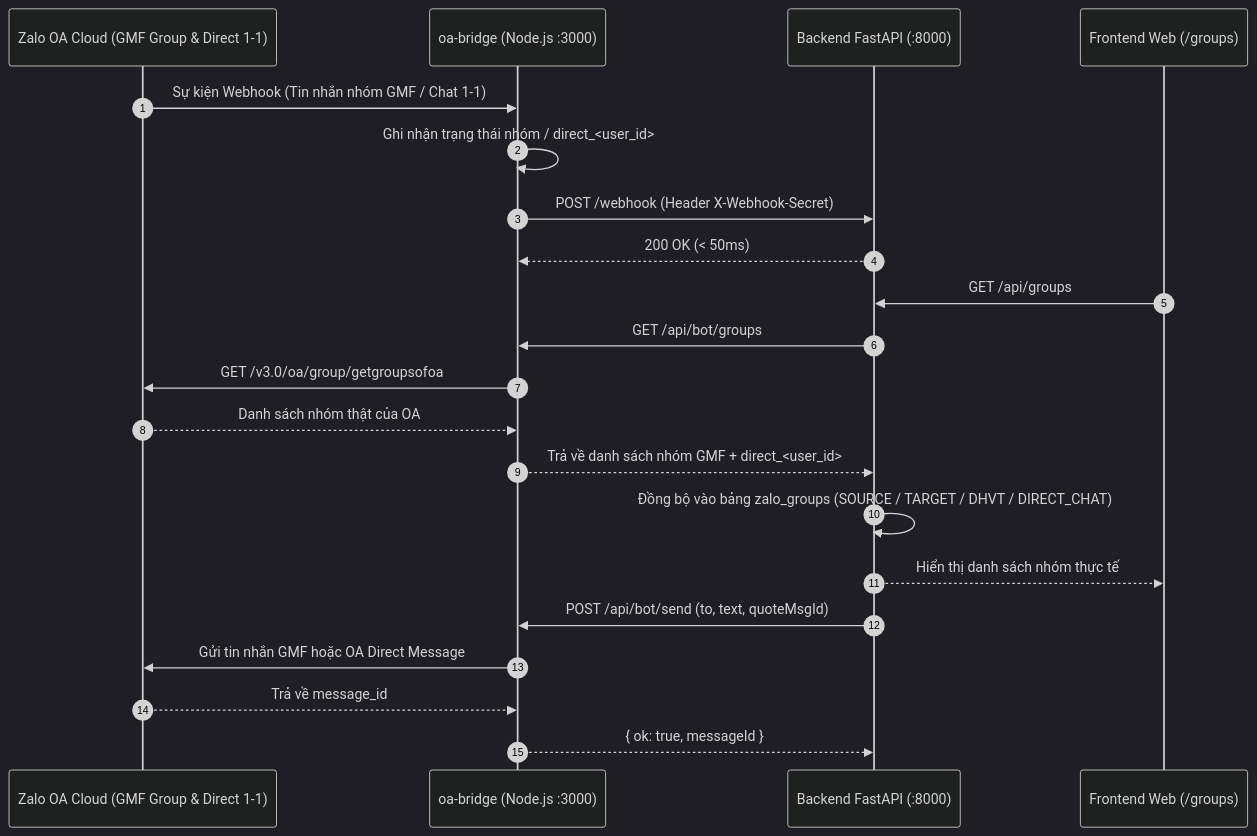
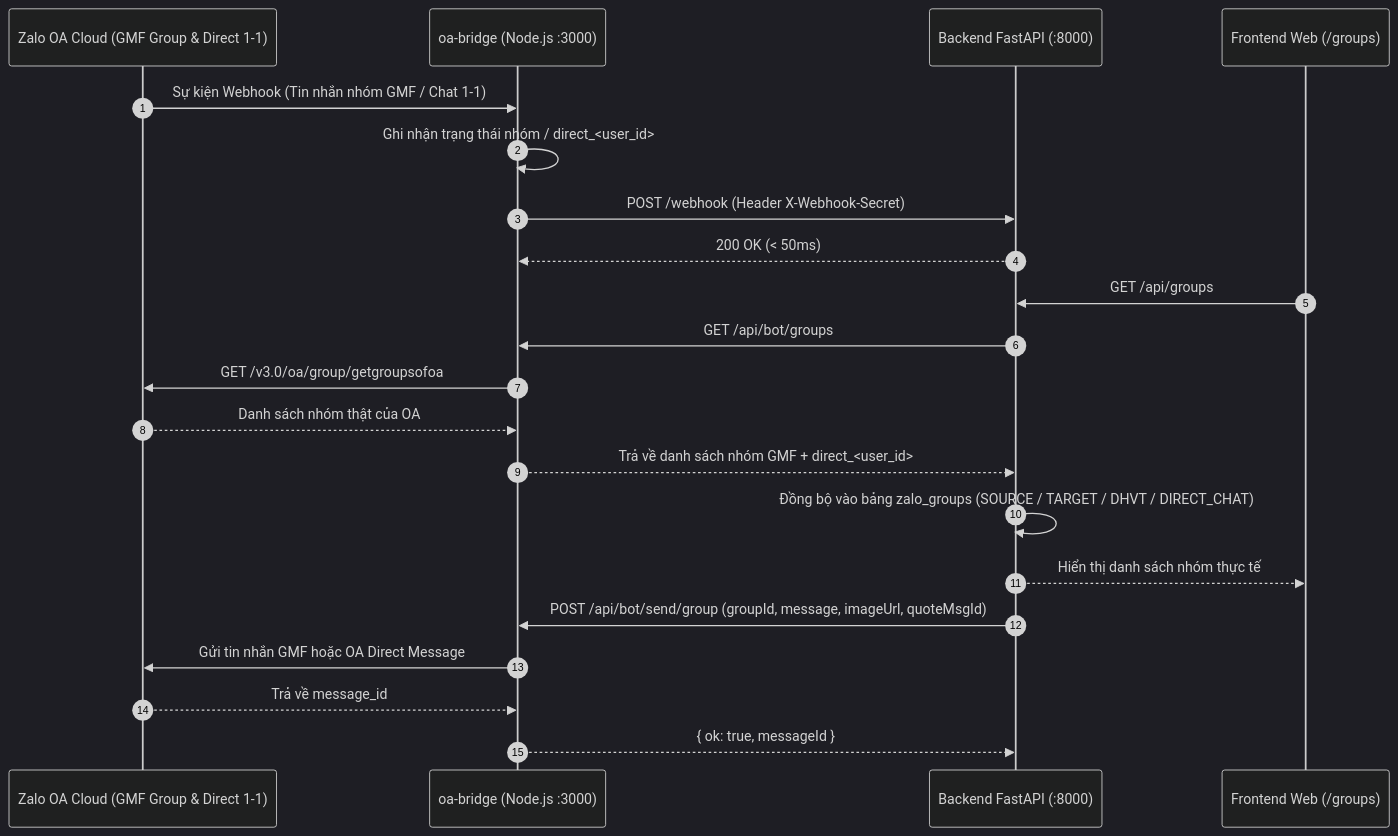
Before and after one commit to vutiendat2302/vsico_zalo_bot: the diagram in oa-bridge/OA_BRIDGE.md, drawn with Mermaid (dark theme). The commit also changed other lines of this file and 104 other files, not shown here.

````diff
--- a/oa-bridge/OA_BRIDGE.md
+++ b/oa-bridge/OA_BRIDGE.md
@@ -25,26 +25,26 @@
 ```mermaid
 sequenceDiagram
     autonumber
     participant Zalo as Zalo OA Cloud (GMF Group & Direct 1-1)
     participant OAB as oa-bridge (Node.js :3000)
     participant BE as Backend FastAPI (:8000)
     participant FE as Frontend Web (/groups)
 
     Zalo->>OAB: Sự kiện Webhook (Tin nhắn nhóm GMF / Chat 1-1)
     OAB->>OAB: Ghi nhận trạng thái nhóm / direct_<user_id>
     OAB->>BE: POST /webhook (Header X-Webhook-Secret)
     BE-->>OAB: 200 OK (< 50ms)
 
     FE->>BE: GET /api/groups
     BE->>OAB: GET /api/bot/groups
     OAB->>Zalo: GET /v3.0/oa/group/getgroupsofoa
     Zalo-->>OAB: Danh sách nhóm thật của OA
     OAB-->>BE: Trả về danh sách nhóm GMF + direct_<user_id>
     BE->>BE: Đồng bộ vào bảng zalo_groups (SOURCE / TARGET / DHVT / DIRECT_CHAT)
     BE-->>FE: Hiển thị danh sách nhóm thực tế
 
-    BE->>OAB: POST /api/bot/send (to, text, quoteMsgId)
+    BE->>OAB: POST /api/bot/send/group (groupId, message, imageUrl, quoteMsgId)
     OAB->>Zalo: Gửi tin nhắn GMF hoặc OA Direct Message
     Zalo-->>OAB: Trả về message_id
     OAB-->>BE: { ok: true, messageId }
 ```
````
